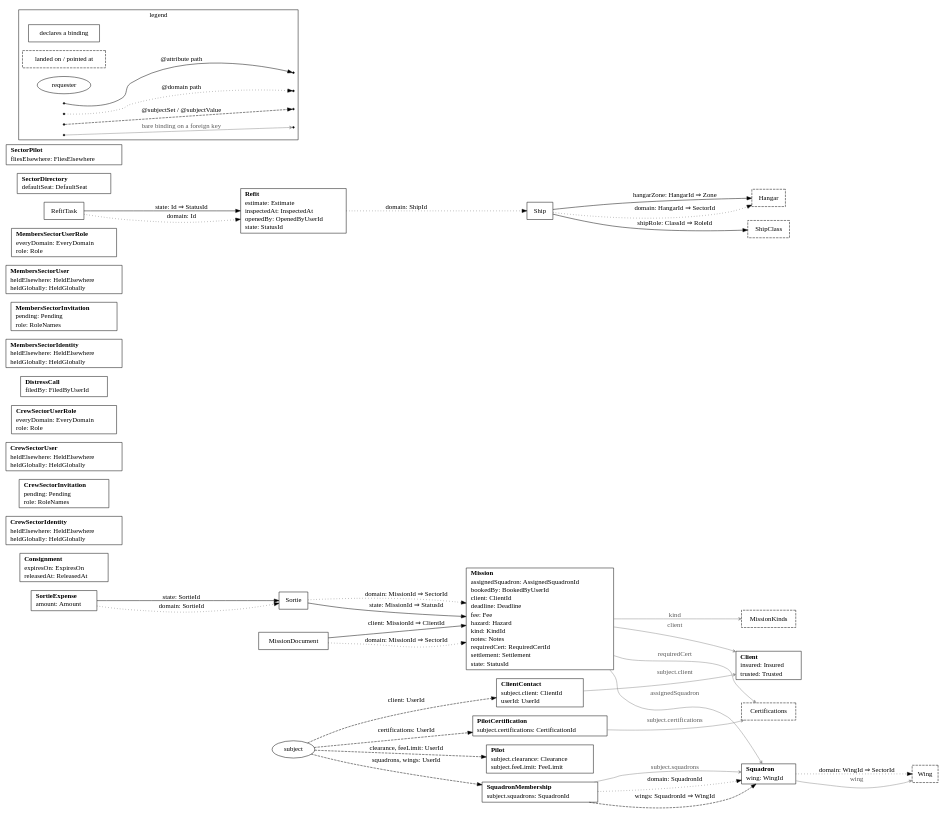
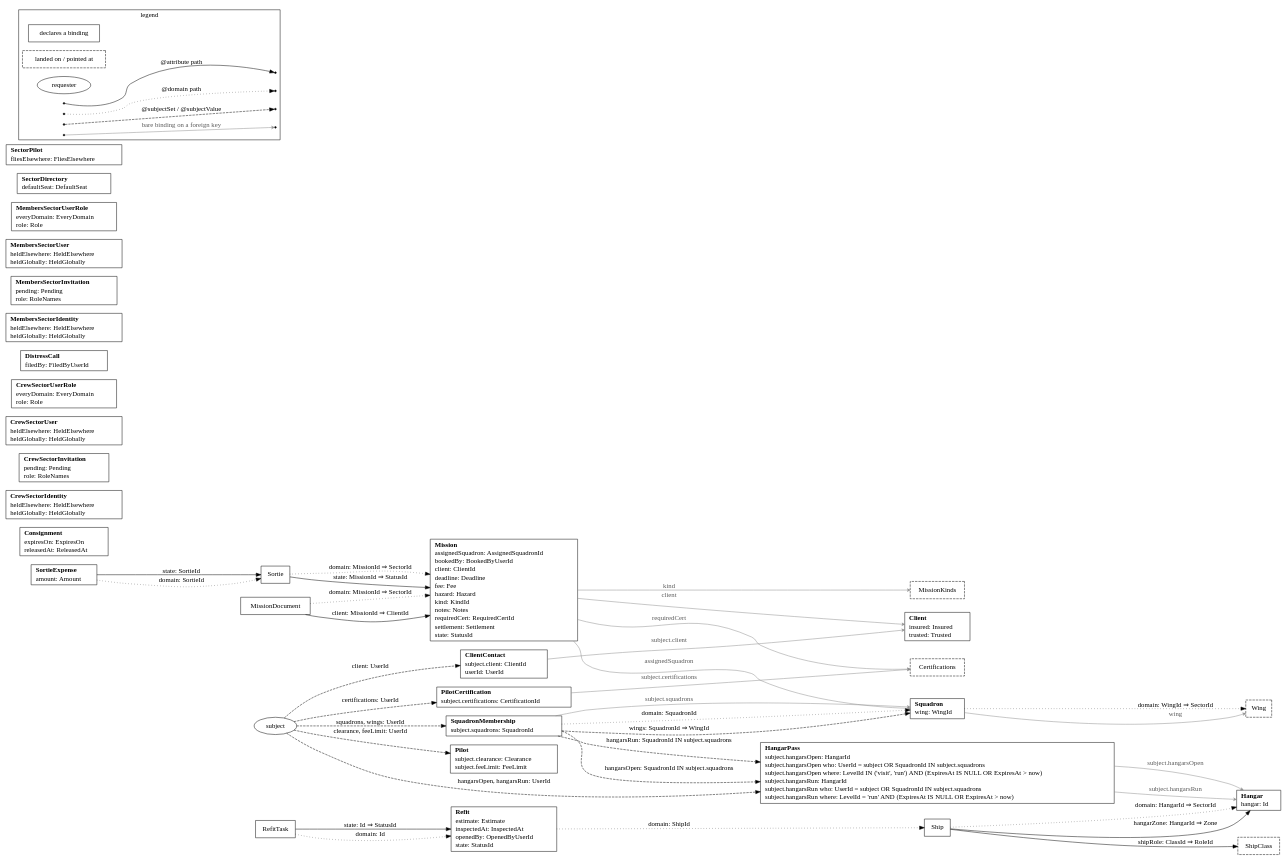
One commit to impulseframework/impulse changed the diagram in lodestar/pkg/resources/zz_gen_bindings.dot. Above: the diagram before and after it, drawn with Graphviz. The commit also changed 63 other files, not shown here.

```diff
--- a/lodestar/pkg/resources/zz_gen_bindings.dot
+++ b/lodestar/pkg/resources/zz_gen_bindings.dot
@@ -1,90 +1,100 @@
 // Code generated by resourcegeneration. DO NOT EDIT.
 // Bindings: every attribute and subject binding this package declares. A box per
 // declaring resource lists its bare bindings as `name: column`; dashed boxes are
 // the tables a path lands on or a foreign key points at; the subject ellipse is
 // the requester, entering each anchor once with every name it yields there. One
 // edge per hop, drawn once however many paths share it: solid for @attribute,
 // dotted for @domain, dashed for a subject binding, labeled `name: column` on a
 // continuing hop and `name: column ⇒ column` where the path terminates; a thin
 // grey edge points a bare binding on a foreign key at its table. Facts only: no
 // grant or condition is drawn.
+// A subject set that writes a who: or a where: part lists each under the set, in
+// the columns' names: who: says which rows are the requester's, where: which of
+// those rows count. A set that builds on another is a dashed edge from the
+// resource declaring that other set, labeled `name: column IN subject.other`.
 digraph Bindings {
 	rankdir=LR;
 	node [shape=box];
 	"Client" [label=<<table border="0" cellborder="0" cellspacing="0" cellpadding="1"><tr><td align="left"><b>Client</b></td></tr><tr><td align="left">insured: Insured</td></tr><tr><td align="left">trusted: Trusted</td></tr></table>>];
 	"ClientContact" [label=<<table border="0" cellborder="0" cellspacing="0" cellpadding="1"><tr><td align="left"><b>ClientContact</b></td></tr><tr><td align="left">subject.client: ClientId</td></tr><tr><td align="left">userId: UserId</td></tr></table>>];
 	"Consignment" [label=<<table border="0" cellborder="0" cellspacing="0" cellpadding="1"><tr><td align="left"><b>Consignment</b></td></tr><tr><td align="left">expiresOn: ExpiresOn</td></tr><tr><td align="left">releasedAt: ReleasedAt</td></tr></table>>];
 	"CrewSectorIdentity" [label=<<table border="0" cellborder="0" cellspacing="0" cellpadding="1"><tr><td align="left"><b>CrewSectorIdentity</b></td></tr><tr><td align="left">heldElsewhere: HeldElsewhere</td></tr><tr><td align="left">heldGlobally: HeldGlobally</td></tr></table>>];
 	"CrewSectorInvitation" [label=<<table border="0" cellborder="0" cellspacing="0" cellpadding="1"><tr><td align="left"><b>CrewSectorInvitation</b></td></tr><tr><td align="left">pending: Pending</td></tr><tr><td align="left">role: RoleNames</td></tr></table>>];
 	"CrewSectorUser" [label=<<table border="0" cellborder="0" cellspacing="0" cellpadding="1"><tr><td align="left"><b>CrewSectorUser</b></td></tr><tr><td align="left">heldElsewhere: HeldElsewhere</td></tr><tr><td align="left">heldGlobally: HeldGlobally</td></tr></table>>];
 	"CrewSectorUserRole" [label=<<table border="0" cellborder="0" cellspacing="0" cellpadding="1"><tr><td align="left"><b>CrewSectorUserRole</b></td></tr><tr><td align="left">everyDomain: EveryDomain</td></tr><tr><td align="left">role: Role</td></tr></table>>];
 	"DistressCall" [label=<<table border="0" cellborder="0" cellspacing="0" cellpadding="1"><tr><td align="left"><b>DistressCall</b></td></tr><tr><td align="left">filedBy: FiledByUserId</td></tr></table>>];
+	"Hangar" [label=<<table border="0" cellborder="0" cellspacing="0" cellpadding="1"><tr><td align="left"><b>Hangar</b></td></tr><tr><td align="left">hangar: Id</td></tr></table>>];
+	"HangarPass" [label=<<table border="0" cellborder="0" cellspacing="0" cellpadding="1"><tr><td align="left"><b>HangarPass</b></td></tr><tr><td align="left">subject.hangarsOpen: HangarId</td></tr><tr><td align="left">subject.hangarsOpen who: UserId = subject OR SquadronId IN subject.squadrons</td></tr><tr><td align="left">subject.hangarsOpen where: LevelId IN (&#39;visit&#39;, &#39;run&#39;) AND (ExpiresAt IS NULL OR ExpiresAt &gt; now)</td></tr><tr><td align="left">subject.hangarsRun: HangarId</td></tr><tr><td align="left">subject.hangarsRun who: UserId = subject OR SquadronId IN subject.squadrons</td></tr><tr><td align="left">subject.hangarsRun where: LevelId = &#39;run&#39; AND (ExpiresAt IS NULL OR ExpiresAt &gt; now)</td></tr></table>>];
 	"MembersSectorIdentity" [label=<<table border="0" cellborder="0" cellspacing="0" cellpadding="1"><tr><td align="left"><b>MembersSectorIdentity</b></td></tr><tr><td align="left">heldElsewhere: HeldElsewhere</td></tr><tr><td align="left">heldGlobally: HeldGlobally</td></tr></table>>];
 	"MembersSectorInvitation" [label=<<table border="0" cellborder="0" cellspacing="0" cellpadding="1"><tr><td align="left"><b>MembersSectorInvitation</b></td></tr><tr><td align="left">pending: Pending</td></tr><tr><td align="left">role: RoleNames</td></tr></table>>];
 	"MembersSectorUser" [label=<<table border="0" cellborder="0" cellspacing="0" cellpadding="1"><tr><td align="left"><b>MembersSectorUser</b></td></tr><tr><td align="left">heldElsewhere: HeldElsewhere</td></tr><tr><td align="left">heldGlobally: HeldGlobally</td></tr></table>>];
 	"MembersSectorUserRole" [label=<<table border="0" cellborder="0" cellspacing="0" cellpadding="1"><tr><td align="left"><b>MembersSectorUserRole</b></td></tr><tr><td align="left">everyDomain: EveryDomain</td></tr><tr><td align="left">role: Role</td></tr></table>>];
 	"Mission" [label=<<table border="0" cellborder="0" cellspacing="0" cellpadding="1"><tr><td align="left"><b>Mission</b></td></tr><tr><td align="left">assignedSquadron: AssignedSquadronId</td></tr><tr><td align="left">bookedBy: BookedByUserId</td></tr><tr><td align="left">client: ClientId</td></tr><tr><td align="left">deadline: Deadline</td></tr><tr><td align="left">fee: Fee</td></tr><tr><td align="left">hazard: Hazard</td></tr><tr><td align="left">kind: KindId</td></tr><tr><td align="left">notes: Notes</td></tr><tr><td align="left">requiredCert: RequiredCertId</td></tr><tr><td align="left">settlement: Settlement</td></tr><tr><td align="left">state: StatusId</td></tr></table>>];
 	"MissionDocument";
 	"Pilot" [label=<<table border="0" cellborder="0" cellspacing="0" cellpadding="1"><tr><td align="left"><b>Pilot</b></td></tr><tr><td align="left">subject.clearance: Clearance</td></tr><tr><td align="left">subject.feeLimit: FeeLimit</td></tr></table>>];
 	"PilotCertification" [label=<<table border="0" cellborder="0" cellspacing="0" cellpadding="1"><tr><td align="left"><b>PilotCertification</b></td></tr><tr><td align="left">subject.certifications: CertificationId</td></tr></table>>];
 	"Refit" [label=<<table border="0" cellborder="0" cellspacing="0" cellpadding="1"><tr><td align="left"><b>Refit</b></td></tr><tr><td align="left">estimate: Estimate</td></tr><tr><td align="left">inspectedAt: InspectedAt</td></tr><tr><td align="left">openedBy: OpenedByUserId</td></tr><tr><td align="left">state: StatusId</td></tr></table>>];
 	"RefitTask";
 	"SectorDirectory" [label=<<table border="0" cellborder="0" cellspacing="0" cellpadding="1"><tr><td align="left"><b>SectorDirectory</b></td></tr><tr><td align="left">defaultSeat: DefaultSeat</td></tr></table>>];
 	"SectorPilot" [label=<<table border="0" cellborder="0" cellspacing="0" cellpadding="1"><tr><td align="left"><b>SectorPilot</b></td></tr><tr><td align="left">fliesElsewhere: FliesElsewhere</td></tr></table>>];
 	"Ship";
 	"Sortie";
 	"SortieExpense" [label=<<table border="0" cellborder="0" cellspacing="0" cellpadding="1"><tr><td align="left"><b>SortieExpense</b></td></tr><tr><td align="left">amount: Amount</td></tr></table>>];
 	"Squadron" [label=<<table border="0" cellborder="0" cellspacing="0" cellpadding="1"><tr><td align="left"><b>Squadron</b></td></tr><tr><td align="left">wing: WingId</td></tr></table>>];
 	"SquadronMembership" [label=<<table border="0" cellborder="0" cellspacing="0" cellpadding="1"><tr><td align="left"><b>SquadronMembership</b></td></tr><tr><td align="left">subject.squadrons: SquadronId</td></tr></table>>];
 	"Certifications" [style=dashed];
-	"Hangar" [style=dashed];
 	"MissionKinds" [style=dashed];
 	"ShipClass" [style=dashed];
 	"Wing" [style=dashed];
 	"subject" [shape=ellipse];
 	"MissionDocument" -> "Mission" [label="client: MissionId ⇒ ClientId"];
 	"RefitTask" -> "Refit" [label="state: Id ⇒ StatusId"];
 	"Ship" -> "Hangar" [label="hangarZone: HangarId ⇒ Zone"];
 	"Ship" -> "ShipClass" [label="shipRole: ClassId ⇒ RoleId"];
 	"Sortie" -> "Mission" [label="state: MissionId ⇒ StatusId"];
 	"SortieExpense" -> "Sortie" [label="state: SortieId"];
 	"MissionDocument" -> "Mission" [style=dotted, label="domain: MissionId ⇒ SectorId"];
 	"Refit" -> "Ship" [style=dotted, label="domain: ShipId"];
 	"RefitTask" -> "Refit" [style=dotted, label="domain: Id"];
 	"Ship" -> "Hangar" [style=dotted, label="domain: HangarId ⇒ SectorId"];
 	"Sortie" -> "Mission" [style=dotted, label="domain: MissionId ⇒ SectorId"];
 	"SortieExpense" -> "Sortie" [style=dotted, label="domain: SortieId"];
 	"Squadron" -> "Wing" [style=dotted, label="domain: WingId ⇒ SectorId"];
 	"SquadronMembership" -> "Squadron" [style=dotted, label="domain: SquadronId"];
+	"SquadronMembership" -> "HangarPass" [style=dashed, label="hangarsOpen: SquadronId IN subject.squadrons"];
+	"SquadronMembership" -> "HangarPass" [style=dashed, label="hangarsRun: SquadronId IN subject.squadrons"];
 	"SquadronMembership" -> "Squadron" [style=dashed, label="wings: SquadronId ⇒ WingId"];
 	"subject" -> "ClientContact" [style=dashed, label="client: UserId"];
+	"subject" -> "HangarPass" [style=dashed, label="hangarsOpen, hangarsRun: UserId"];
 	"subject" -> "Pilot" [style=dashed, label="clearance, feeLimit: UserId"];
 	"subject" -> "PilotCertification" [style=dashed, label="certifications: UserId"];
 	"subject" -> "SquadronMembership" [style=dashed, label="squadrons, wings: UserId"];
 	"ClientContact" -> "Client" [color=gray55, fontcolor=gray35, arrowhead=vee, arrowsize=0.6, label="subject.client"];
+	"HangarPass" -> "Hangar" [color=gray55, fontcolor=gray35, arrowhead=vee, arrowsize=0.6, label="subject.hangarsOpen"];
+	"HangarPass" -> "Hangar" [color=gray55, fontcolor=gray35, arrowhead=vee, arrowsize=0.6, label="subject.hangarsRun"];
 	"Mission" -> "Certifications" [color=gray55, fontcolor=gray35, arrowhead=vee, arrowsize=0.6, label="requiredCert"];
 	"Mission" -> "Client" [color=gray55, fontcolor=gray35, arrowhead=vee, arrowsize=0.6, label="client"];
 	"Mission" -> "MissionKinds" [color=gray55, fontcolor=gray35, arrowhead=vee, arrowsize=0.6, label="kind"];
 	"Mission" -> "Squadron" [color=gray55, fontcolor=gray35, arrowhead=vee, arrowsize=0.6, label="assignedSquadron"];
 	"PilotCertification" -> "Certifications" [color=gray55, fontcolor=gray35, arrowhead=vee, arrowsize=0.6, label="subject.certifications"];
 	"Squadron" -> "Wing" [color=gray55, fontcolor=gray35, arrowhead=vee, arrowsize=0.6, label="wing"];
 	"SquadronMembership" -> "Squadron" [color=gray55, fontcolor=gray35, arrowhead=vee, arrowsize=0.6, label="subject.squadrons"];
 	subgraph cluster_legend {
 		label="legend";
 		"declares a binding" [shape=box];
 		"landed on / pointed at" [shape=box, style=dashed];
 		"requester" [shape=ellipse];
 		"legend:attribute" [shape=point];
 		"legend:attribute:to" [shape=point];
 		"legend:domain" [shape=point];
 		"legend:domain:to" [shape=point];
 		"legend:subject" [shape=point];
 		"legend:subject:to" [shape=point];
 		"legend:reference" [shape=point];
 		"legend:reference:to" [shape=point];
 		"legend:attribute" -> "legend:attribute:to" [label="@attribute path"];
 		"legend:domain" -> "legend:domain:to" [style=dotted, label="@domain path"];
 		"legend:subject" -> "legend:subject:to" [style=dashed, label="@subjectSet / @subjectValue"];
 		"legend:reference" -> "legend:reference:to" [color=gray55, fontcolor=gray35, arrowhead=vee, arrowsize=0.6, label="bare binding on a foreign key"];
 	}
 }
```
